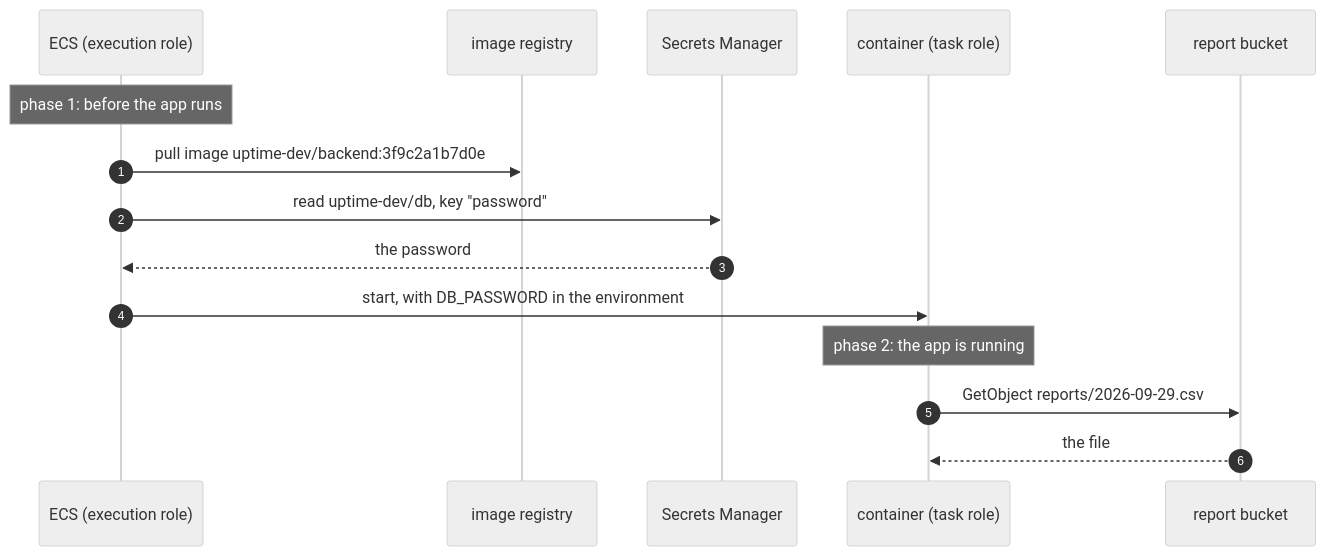
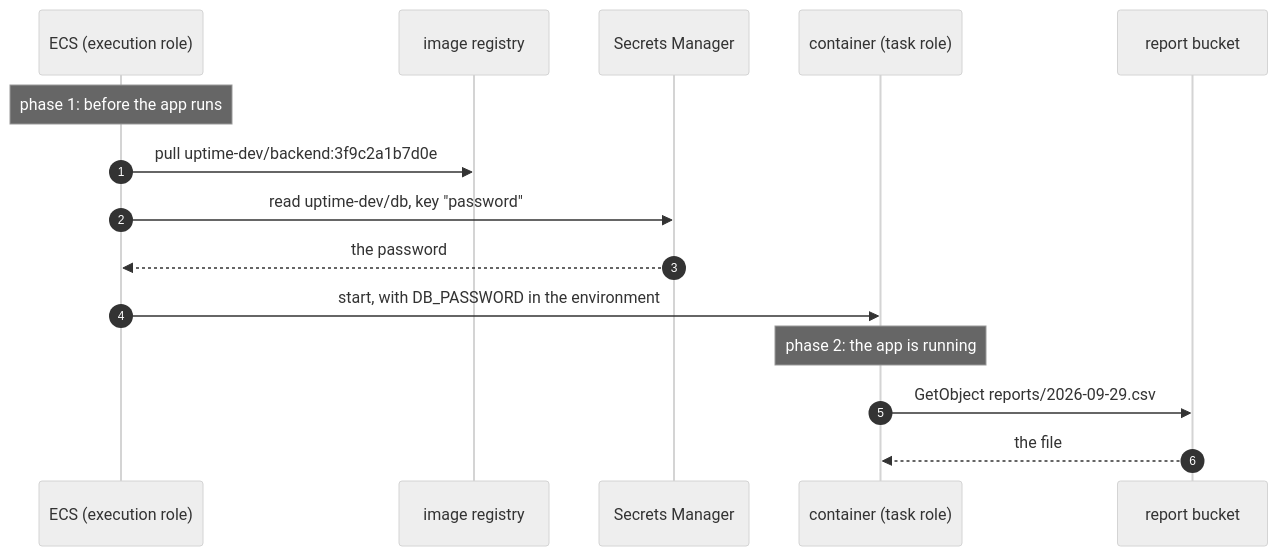
Before and after one commit to shadreza/aws-three-tier-cloud-ref-architecture: the first of 2 diagrams in docs/storybook/06-identity-and-secrets.md, drawn with Mermaid (neutral theme). The commit also changed other lines of this file and 23 other files, not shown here.

````diff
--- a/docs/storybook/06-identity-and-secrets.md
+++ b/docs/storybook/06-identity-and-secrets.md
@@ -82,17 +63,17 @@
 ```mermaid
 sequenceDiagram
     autonumber
     participant E as ECS (execution role)
     participant R as image registry
     participant S as Secrets Manager
     participant C as container (task role)
     participant B as report bucket
     Note over E: phase 1: before the app runs
-    E->>R: pull image uptime-dev/backend:3f9c2a1b7d0e
+    E->>R: pull uptime-dev/backend:3f9c2a1b7d0e
     E->>S: read uptime-dev/db, key "password"
     S-->>E: the password
     E->>C: start, with DB_PASSWORD in the environment
     Note over C: phase 2: the app is running
     C->>B: GetObject reports/2026-09-29.csv
     B-->>C: the file
 ```
````
